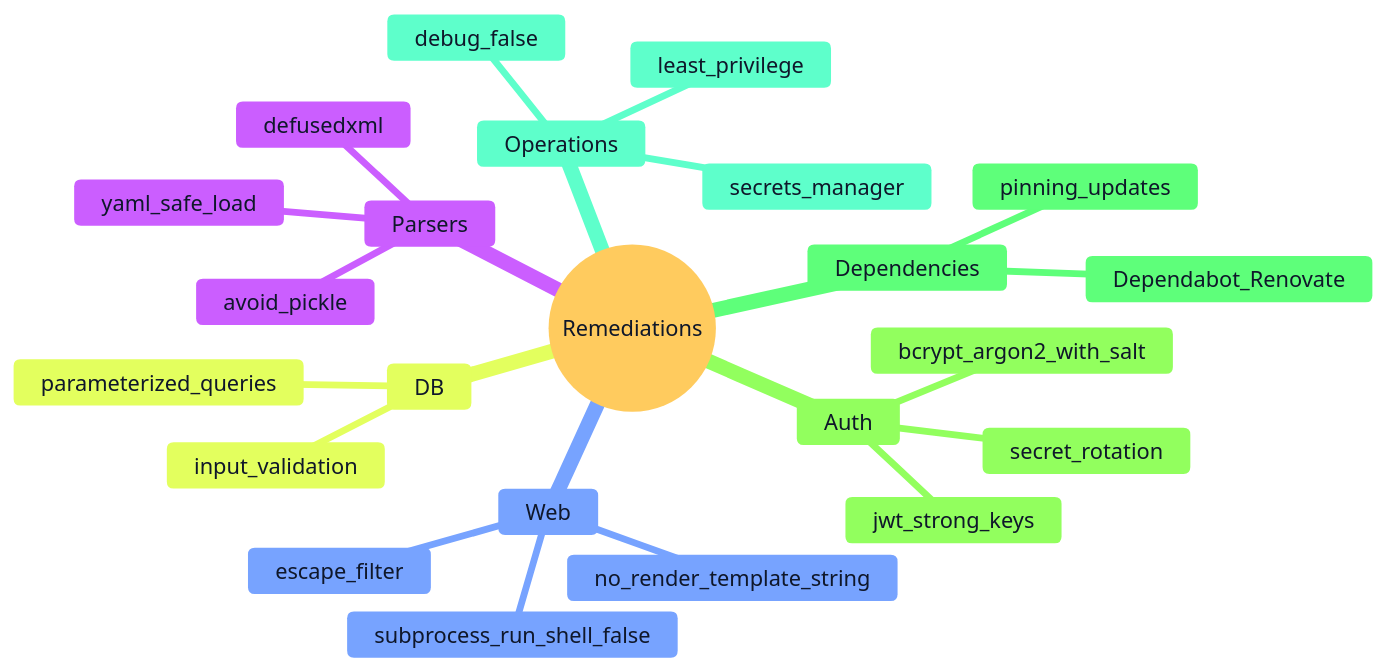
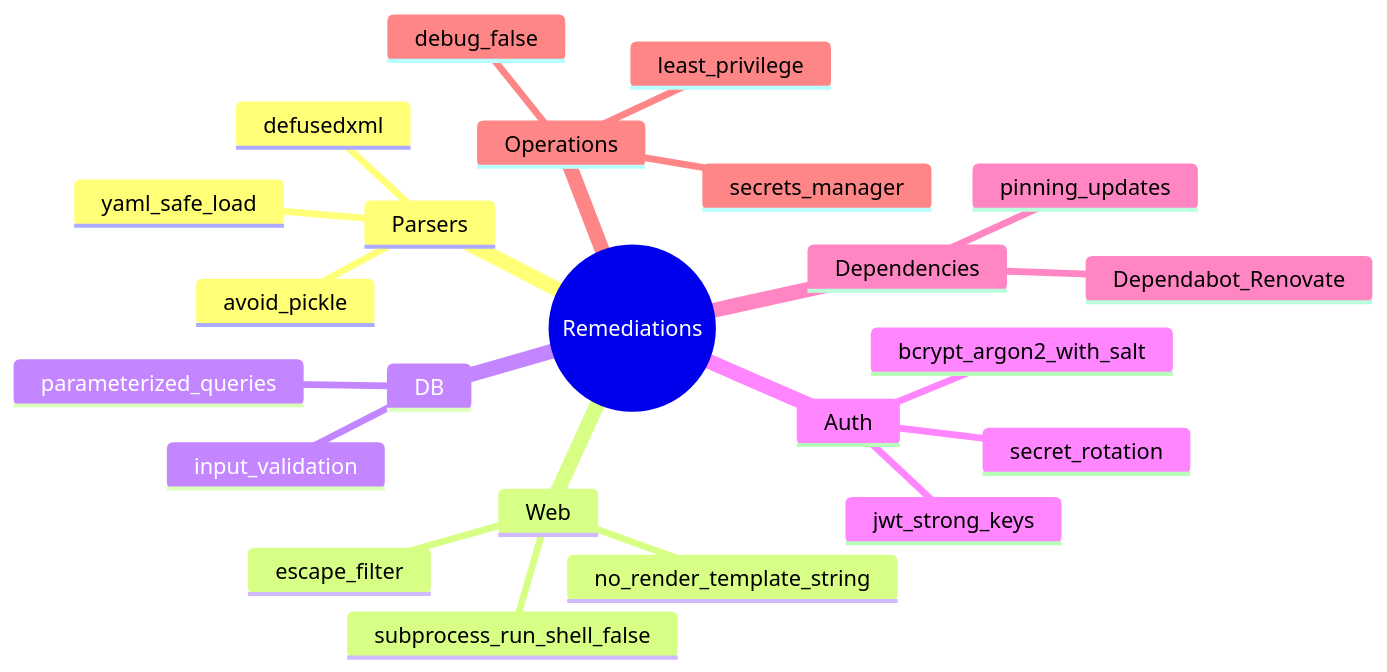
The fourth of 4 diagrams in README.md (braad0/DevSecOps-pipeline-secure), drawn with Mermaid before and after one commit.

````diff
--- a/README.md
+++ b/README.md
@@ -199,34 +199,50 @@
 ```mermaid
 %%{init: {
-  "theme": "base",
+  "theme": "default",
   "themeVariables": {
     "background": "#ffffff",
-    "primaryTextColor": "#0f172a",
-    "lineColor": "#334155"
+    "primaryTextColor": "#334155",
+    "secondaryTextColor": "#475569",
+    "tertiaryTextColor": "#64748b",
+    "lineColor": "#64748b",
+
+    "primaryColor": "#e2e8f0",
+    "primaryBorderColor": "#94a3b8",
+
+    "noteBkgColor": "#f1f5f9",
+    "noteTextColor": "#334155",
+
+    "clusterBkg": "#f8fafc",
+    "clusterBorder": "#cbd5e1",
+
+    "edgeLabelBackground": "#e5e7eb",
+
+    "fontFamily": "Inter, system-ui, -apple-system, Segoe UI, Roboto, Ubuntu, Cantarell, Noto Sans, Arial, sans-serif"
   }
 }}%%
+
 mindmap
   root((Remediations))
     Parsers
       yaml_safe_load
       defusedxml
       avoid_pickle
     Web
       escape_filter
       no_render_template_string
       subprocess_run_shell_false
     DB
       parameterized_queries
       input_validation
     Auth
       bcrypt_argon2_with_salt
       secret_rotation
       jwt_strong_keys
     Dependencies
       pinning_updates
       Dependabot_Renovate
     Operations
       debug_false
       least_privilege
       secrets_manager
 ```
````
